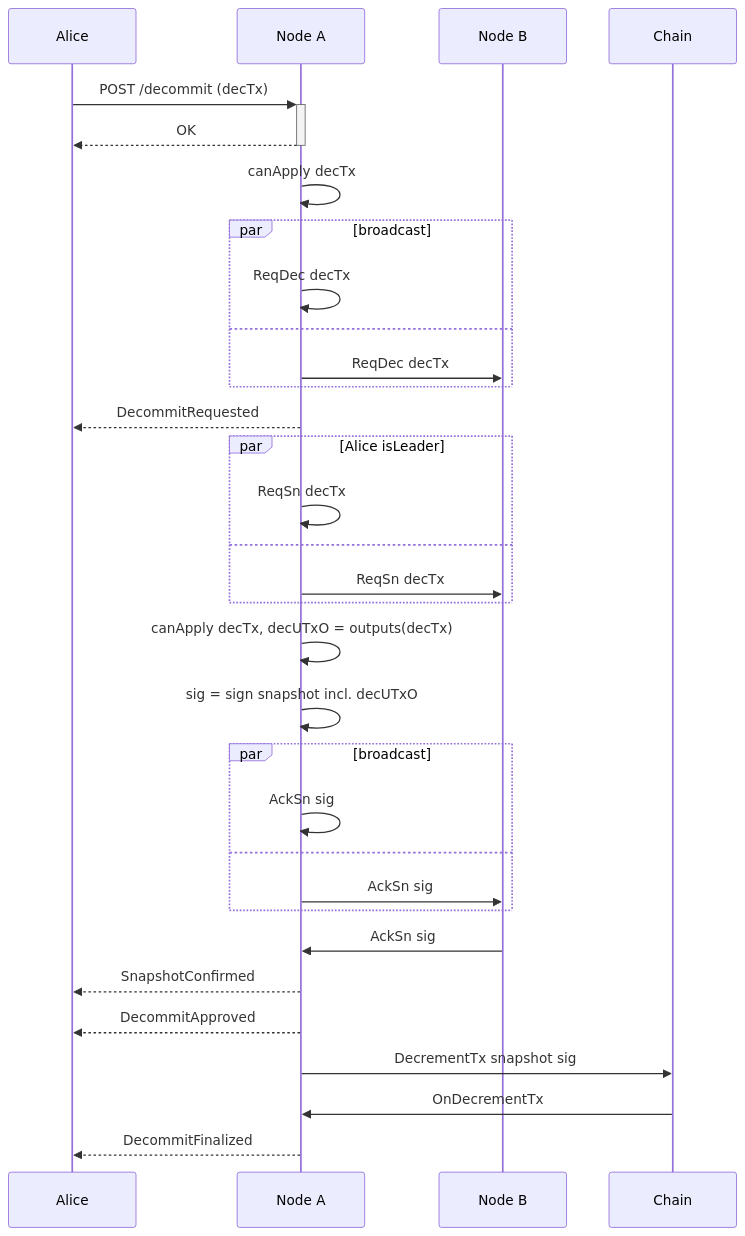
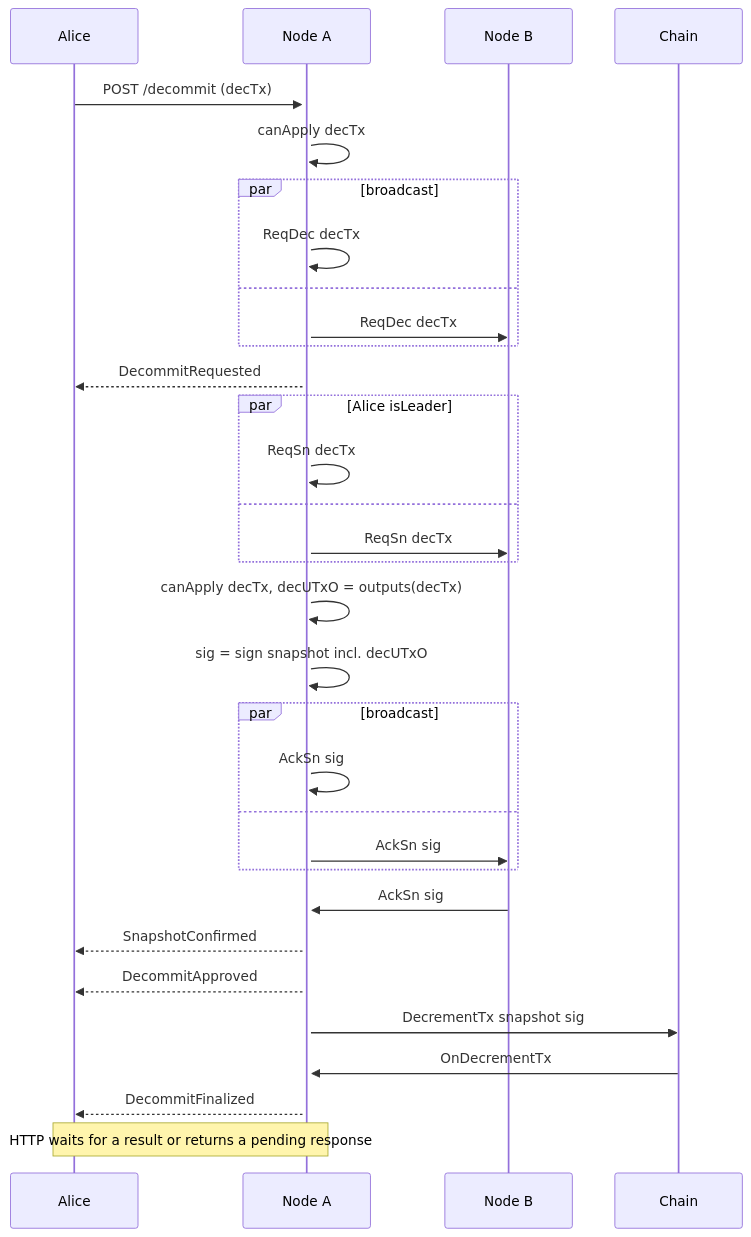
The fourth of 4 diagrams in docs/docs/dev/protocol.md (cardano-scaling/hydra), drawn with Mermaid before and after one commit. The commit also changed other lines of this file and 97 other files, not shown here.

````diff
--- a/docs/docs/dev/protocol.md
+++ b/docs/docs/dev/protocol.md
@@ -154,39 +132,39 @@
 ```mermaid
 sequenceDiagram
     Alice->>+Node A: POST /decommit (decTx)
-    Node A-->>-Alice: OK
 
     Node A->>Node A: canApply decTx
 
     par broadcast
         Node A->>Node A: ReqDec decTx
     and
         Node A->>Node B: ReqDec decTx
     end
 
     Node A -->> Alice: DecommitRequested
 
     par Alice isLeader
         Node A->>Node A: ReqSn decTx
     and
         Node A->>Node B: ReqSn decTx
     end
 
     Node A->>Node A: canApply decTx, decUTxO =  outputs(decTx)
     Node A->>Node A: sig = sign snapshot incl. decUTxO
 
     par broadcast
         Node A->>Node A: AckSn sig
     and
         Node A->>Node B: AckSn sig
     end
 
     Node B->>Node A: AckSn sig
 
     Node A -->> Alice: SnapshotConfirmed
     Node A -->> Alice: DecommitApproved
 
     Node A ->> Chain: DecrementTx snapshot sig
     Chain ->> Node A: OnDecrementTx
     Node A -->> Alice: DecommitFinalized
+    Note over Alice,Node A: HTTP waits for a result or returns a pending response
 ```
````
